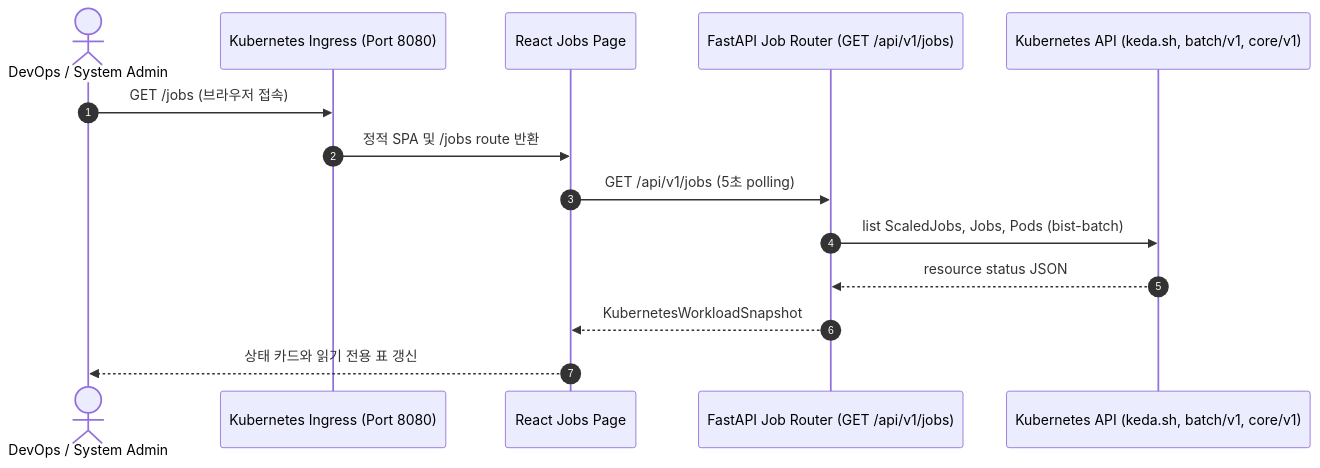
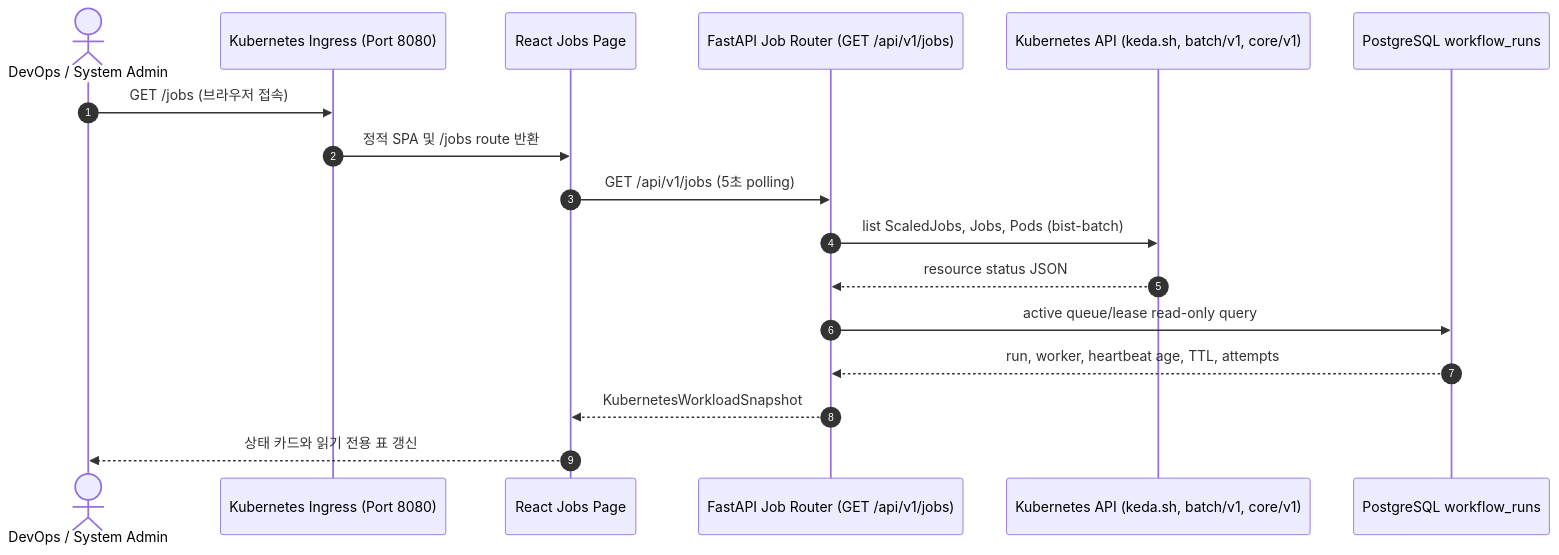
Before and after one commit to bist-mini-final/bist-mini-final: the fourth of 4 diagrams in docs/blueprints/01_system_blueprints/BP-104_deployment_and_infra_topology.md, drawn with Mermaid. The commit also changed other lines of this file and 138 other files, not shown here.

````diff
--- a/docs/blueprints/01_system_blueprints/BP-104_deployment_and_infra_topology.md
+++ b/docs/blueprints/01_system_blueprints/BP-104_deployment_and_infra_topology.md
@@ -226,17 +227,20 @@
 ```mermaid
 sequenceDiagram
     autonumber
     actor Admin as DevOps / System Admin
     participant Ingress as Kubernetes Ingress (Port 8080)
     participant SPA as React Jobs Page
     participant FastAPI as FastAPI Job Router (GET /api/v1/jobs)
     participant K8s as Kubernetes API (keda.sh, batch/v1, core/v1)
+    participant DB as PostgreSQL workflow_runs
 
     Admin->>Ingress: GET /jobs (브라우저 접속)
     Ingress->>SPA: 정적 SPA 및 /jobs route 반환
     SPA->>FastAPI: GET /api/v1/jobs (5초 polling)
     FastAPI->>K8s: list ScaledJobs, Jobs, Pods (bist-batch)
     K8s-->>FastAPI: resource status JSON
+    FastAPI->>DB: active queue/lease read-only query
+    DB-->>FastAPI: run, worker, heartbeat age, TTL, attempts
     FastAPI-->>SPA: KubernetesWorkloadSnapshot
     SPA-->>Admin: 상태 카드와 읽기 전용 표 갱신
 ```
````
